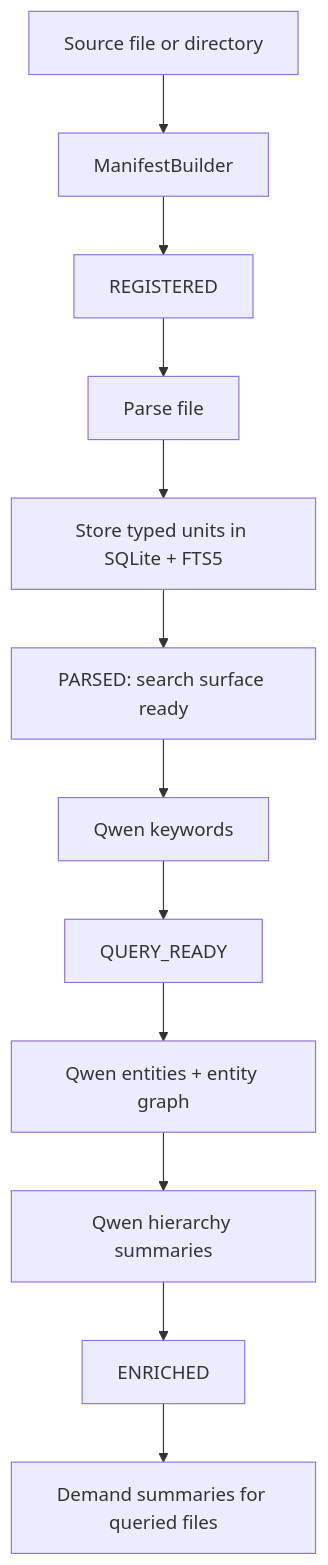
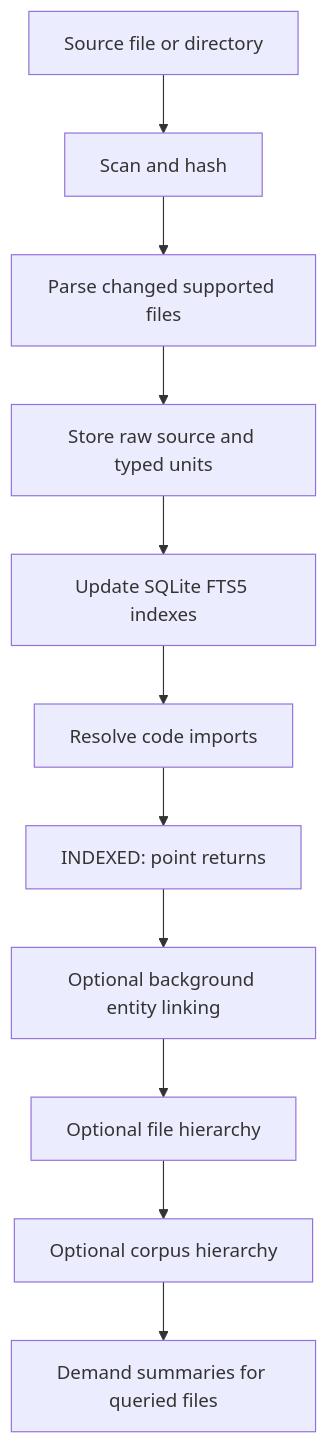
The diagram in docs/INGESTION.md (yafitzdev/fitz), drawn with Mermaid before and after one commit. The commit also changed other lines of this file and 446 other files, not shown here.

````diff
--- a/docs/INGESTION.md
+++ b/docs/INGESTION.md
@@ -19,14 +23,13 @@
 ```mermaid
 flowchart TD
-    A["Source file or directory"] --> B["ManifestBuilder"]
-    B --> C["REGISTERED"]
-    C --> D["Parse file"]
-    D --> E["Store typed units in SQLite + FTS5"]
-    E --> F["PARSED: search surface ready"]
-    F --> G["Qwen keywords"]
-    G --> H["QUERY_READY"]
-    H --> I["Qwen entities + entity graph"]
-    I --> J["Qwen hierarchy summaries"]
-    J --> K["ENRICHED"]
-    K --> L["Demand summaries for queried files"]
+    A["Source file or directory"] --> B["Scan and hash"]
+    B --> C["Parse changed supported files"]
+    C --> D["Store raw source and typed units"]
+    D --> E["Update SQLite FTS5 indexes"]
+    E --> F["Resolve code imports"]
+    F --> G["INDEXED: point returns"]
+    G --> H["Optional background entity linking"]
+    H --> I["Optional file hierarchy"]
+    I --> J["Optional corpus hierarchy"]
+    J --> K["Demand summaries for queried files"]
 ```
````
